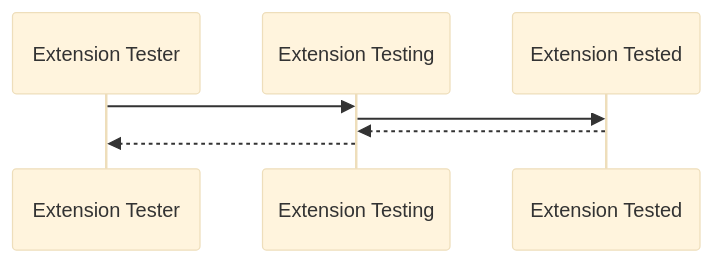
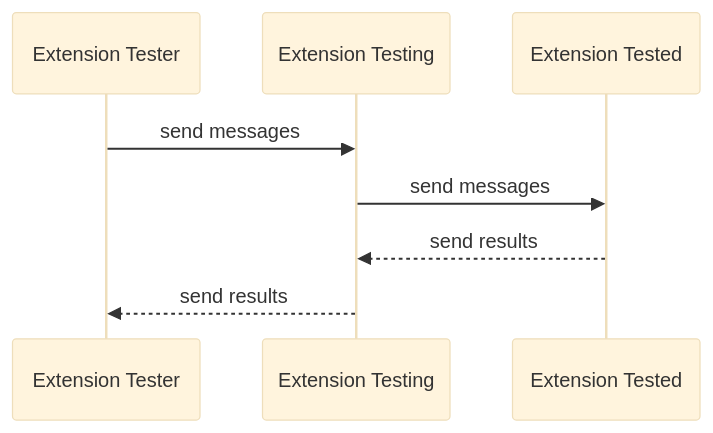
The diagram in docs/ten_framework/ten_testing/for_users_of_ten_framework.md (TEN-framework/ten_framework), drawn with Mermaid (base theme) before and after one commit.

Commit message:
doc: refine extension standalone testing

````diff
--- a/docs/ten_framework/ten_testing/for_users_of_ten_framework.md
+++ b/docs/ten_framework/ten_testing/for_users_of_ten_framework.md
@@ -28,12 +28,12 @@
 ```mermaid
 sequenceDiagram
   participant tester as Extension Tester
   participant testing as Extension Testing
   participant tested as Extension Tested
 
-  tester->>testing:
-  testing->>tested:
+  tester->>testing: send messages
+  testing->>tested: send messages
 
-  tested-->>testing:
-  testing-->>tester:
+  tested-->>testing: send results
+  testing-->>tester: send results
 ```
````
